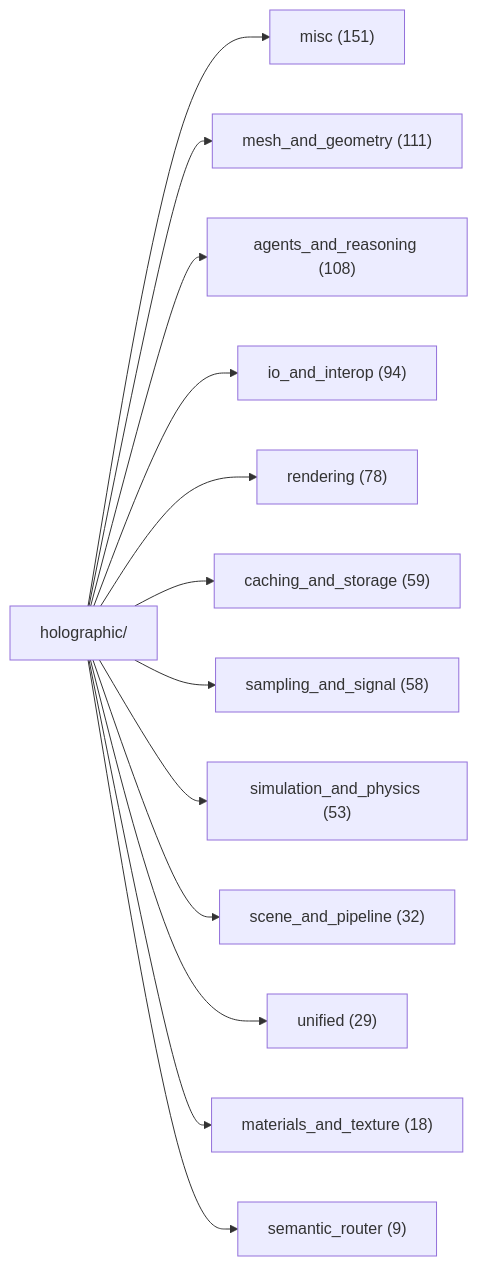
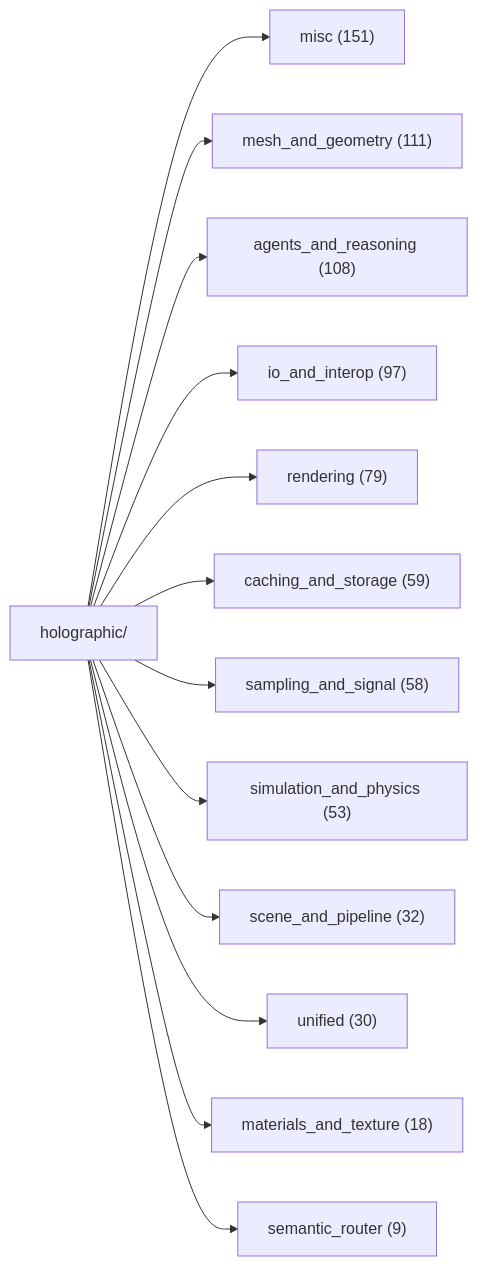
Before and after one commit to AnOversizedMooseWithSocks/leCore: the first of 2 diagrams in docs/DOC_MAP.md, drawn with Mermaid. The commit also changed other lines of this file and 53 other files, not shown here.

````diff
--- a/docs/DOC_MAP.md
+++ b/docs/DOC_MAP.md
@@ -39,16 +40,16 @@
 ```mermaid
 graph LR
     H[holographic/]
     H --> misc["misc (151)"]
     H --> mesh["mesh_and_geometry (111)"]
     H --> agen["agents_and_reasoning (108)"]
-    H --> io_a["io_and_interop (94)"]
-    H --> rend["rendering (78)"]
+    H --> io_a["io_and_interop (97)"]
+    H --> rend["rendering (79)"]
     H --> cach["caching_and_storage (59)"]
     H --> samp["sampling_and_signal (58)"]
     H --> simu["simulation_and_physics (53)"]
     H --> scen["scene_and_pipeline (32)"]
-    H --> unif["unified (29)"]
+    H --> unif["unified (30)"]
     H --> mate["materials_and_texture (18)"]
     H --> sema["semantic_router (9)"]
 ```
````
